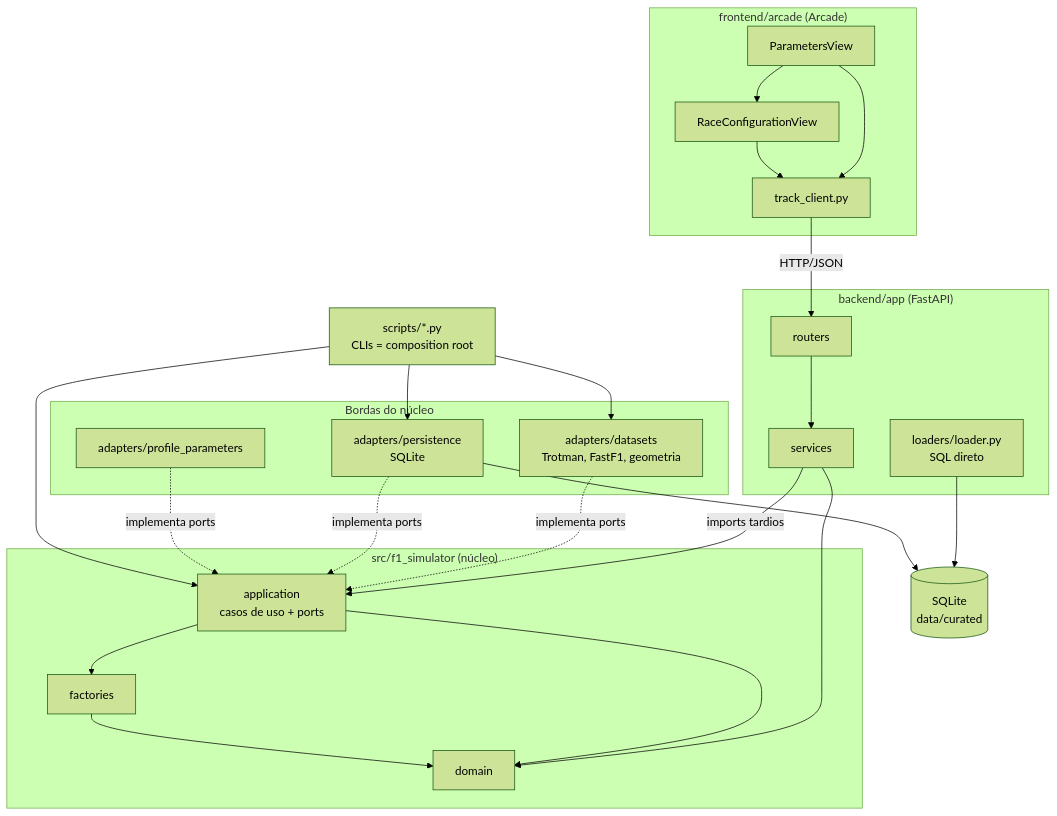
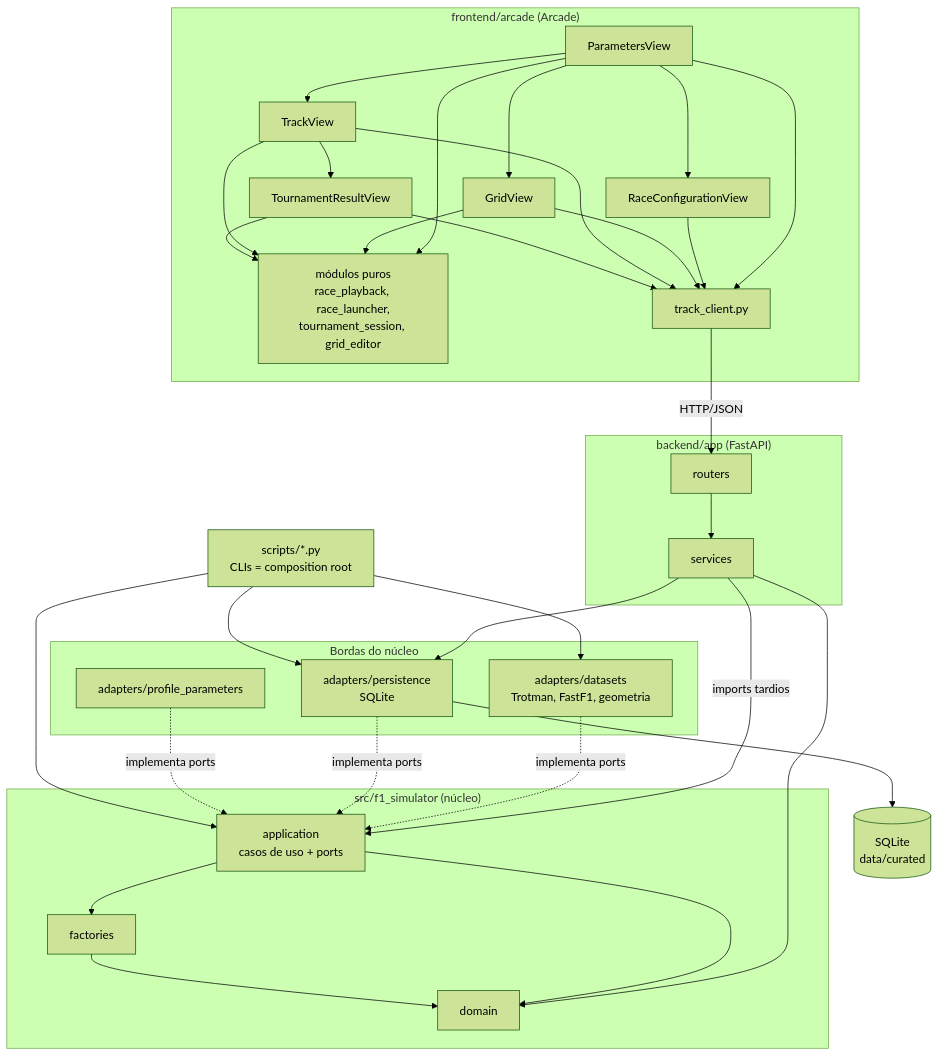
One commit to guilherme-webster/mc857-o-projeto changed the first of 3 diagrams in docs/CODEBASE_MAP.md. Above: the diagram before and after it, drawn with Mermaid (forest theme). The commit also changed other lines of this file and 6 other files, not shown here.

````diff
--- a/docs/CODEBASE_MAP.md
+++ b/docs/CODEBASE_MAP.md
@@ -40,44 +41,50 @@
 ```mermaid
 graph TB
     subgraph Frontend["frontend/arcade (Arcade)"]
         PV[ParametersView]
         RCV[RaceConfigurationView]
+        GV[GridView]
+        TV[TrackView]
+        TRV[TournamentResultView]
+        PURE[módulos puros<br/>race_playback, race_launcher,<br/>tournament_session, grid_editor]
         TC[track_client.py]
     end
     subgraph Backend["backend/app (FastAPI)"]
         R[routers]
         S[services]
-        L[loaders/loader.py<br/>SQL direto]
     end
     subgraph Core["src/f1_simulator (núcleo)"]
         D[domain]
         A[application<br/>casos de uso + ports]
         F[factories]
     end
     subgraph Edges["Bordas do núcleo"]
         AD[adapters/datasets<br/>Trotman, FastF1, geometria]
         P[adapters/persistence<br/>SQLite]
         PA[adapters/profile_parameters]
     end
     SC[scripts/*.py<br/>CLIs = composition root]
     DB[(SQLite<br/>data/curated)]
 
     PV --> RCV
-    PV --> TC
-    RCV --> TC
+    PV --> GV
+    PV --> TV
+    TV --> TRV
+    PV & GV & TV & TRV --> PURE
+    PV & RCV & GV & TV & TRV --> TC
     TC -- HTTP/JSON --> R
     R --> S
     S -- imports tardios --> A
     S --> D
-    L --> DB
+    S --> P
     A --> D
     A --> F
     F --> D
     AD -. implementa ports .-> A
     P -. implementa ports .-> A
     PA -. implementa ports .-> A
     P --> DB
     SC --> AD
     SC --> P
     SC --> A
 ```
````
